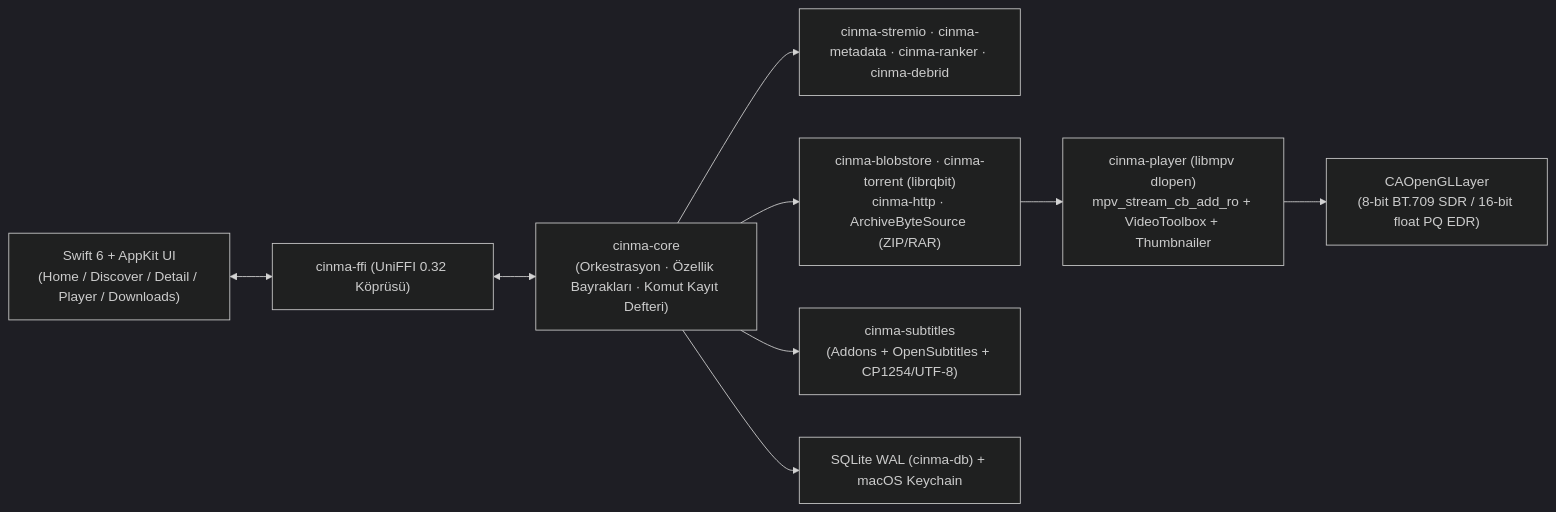
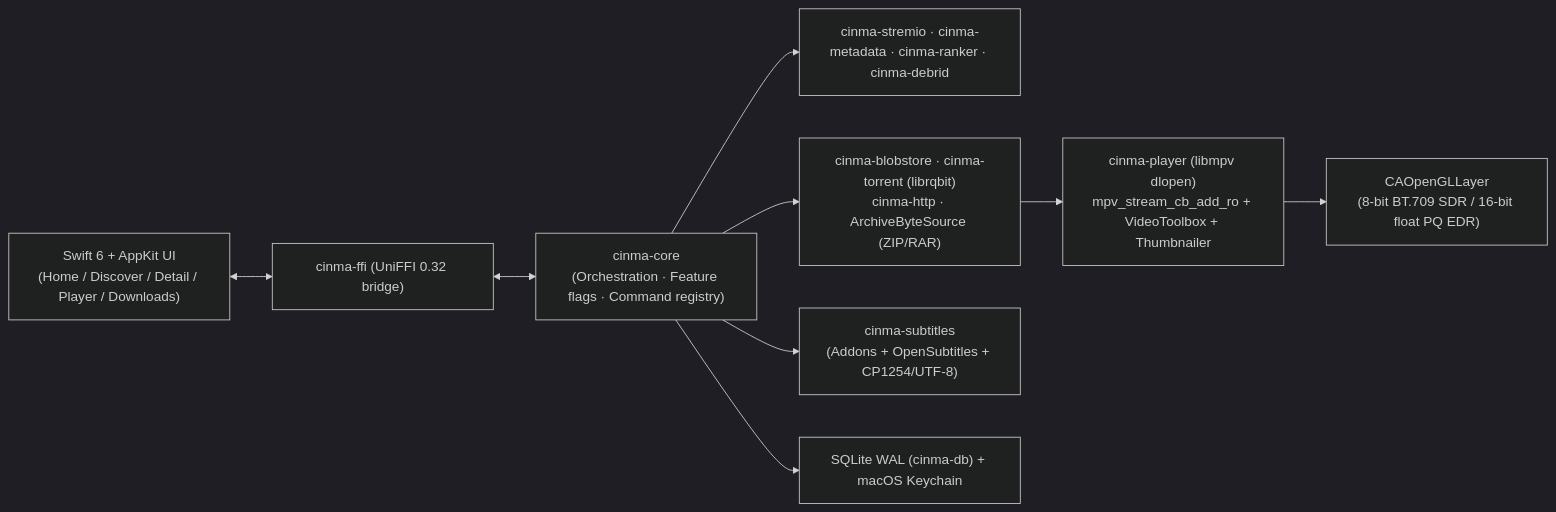
The diagram in README.md (f0rknturkoglu/cinma), drawn with Mermaid (dark theme) before and after one commit. The commit also changed other lines of this file and 1 other file, not shown here.

````diff
--- a/README.md
+++ b/README.md
@@ -24,19 +33,19 @@
 ```mermaid
 flowchart LR
     UI["Swift 6 + AppKit UI<br/>(Home / Discover / Detail / Player / Downloads)"]
-    FFI["cinma-ffi (UniFFI 0.32 Köprüsü)"]
-    Core["cinma-core<br/>(Orkestrasyon · Özellik Bayrakları · Komut Kayıt Defteri)"]
+    FFI["cinma-ffi (UniFFI 0.32 bridge)"]
+    Core["cinma-core<br/>(Orchestration · Feature flags · Command registry)"]
     Meta["cinma-stremio · cinma-metadata · cinma-ranker · cinma-debrid"]
     Data["cinma-blobstore · cinma-torrent (librqbit)<br/>cinma-http · ArchiveByteSource (ZIP/RAR)"]
     Sub["cinma-subtitles<br/>(Addons + OpenSubtitles + CP1254/UTF-8)"]
     Player["cinma-player (libmpv dlopen)<br/>mpv_stream_cb_add_ro + VideoToolbox + Thumbnailer"]
     GL["CAOpenGLLayer<br/>(8-bit BT.709 SDR / 16-bit float PQ EDR)"]
     DB["SQLite WAL (cinma-db) + macOS Keychain"]
 
     UI <--> FFI <--> Core
     Core --> Meta
     Core --> Sub
     Core --> Data
     Core --> DB
     Data --> Player --> GL
 ```
````
